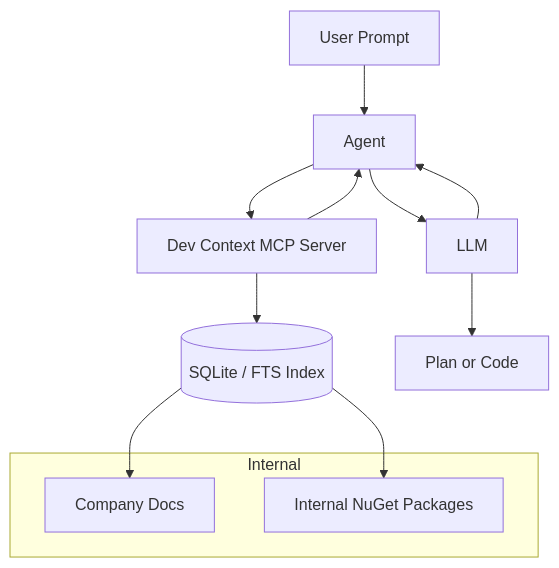
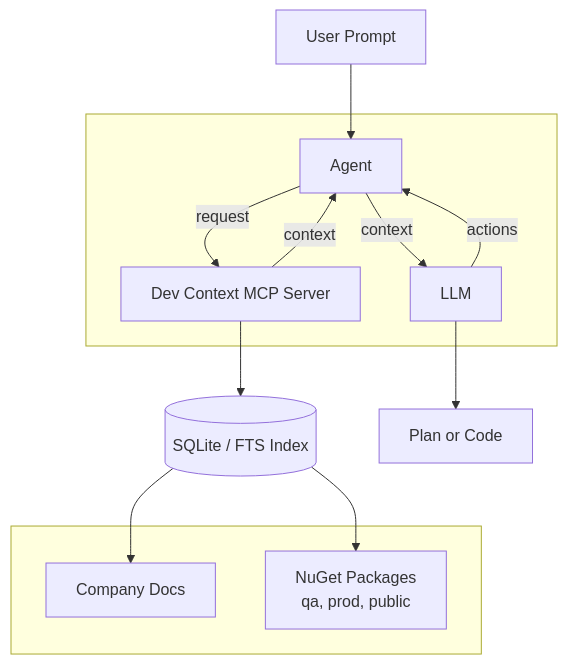
The third of 3 diagrams in design/theory.md (iJustHelp/dev-context-mcp-server), drawn with Mermaid before and after one commit. The commit also changed other lines of this file, not shown here.

````diff
--- a/design/theory.md
+++ b/design/theory.md
@@ -91,23 +91,24 @@
 ```mermaid
 flowchart TD
     U[User Prompt] --> AGENT[Agent]
 
-    AGENT --> LLM[LLM]
-
-    AGENT --> MCP[Dev Context MCP Server]
-
+    subgraph Loop[" "]
+        AGENT --> |context| LLM[LLM]
+        AGENT --> |request| MCP[Dev Context MCP Server]
+    end
+    
     DB[(SQLite / FTS Index)]
 
-    subgraph Internal
+    subgraph Internal[" "]
         MD[Company Docs]
-        PKG[Internal NuGet Packages]
+        PKG[NuGet Packages <br> qa, prod, public]
     end
 
     MCP --> DB
     DB --> MD
     DB --> PKG
 
-    LLM --> AGENT
-    MCP --> AGENT
+    LLM --> |actions|AGENT
+    MCP --> |context| AGENT
     LLM --> RESULT[Plan or Code]
 ```
````
